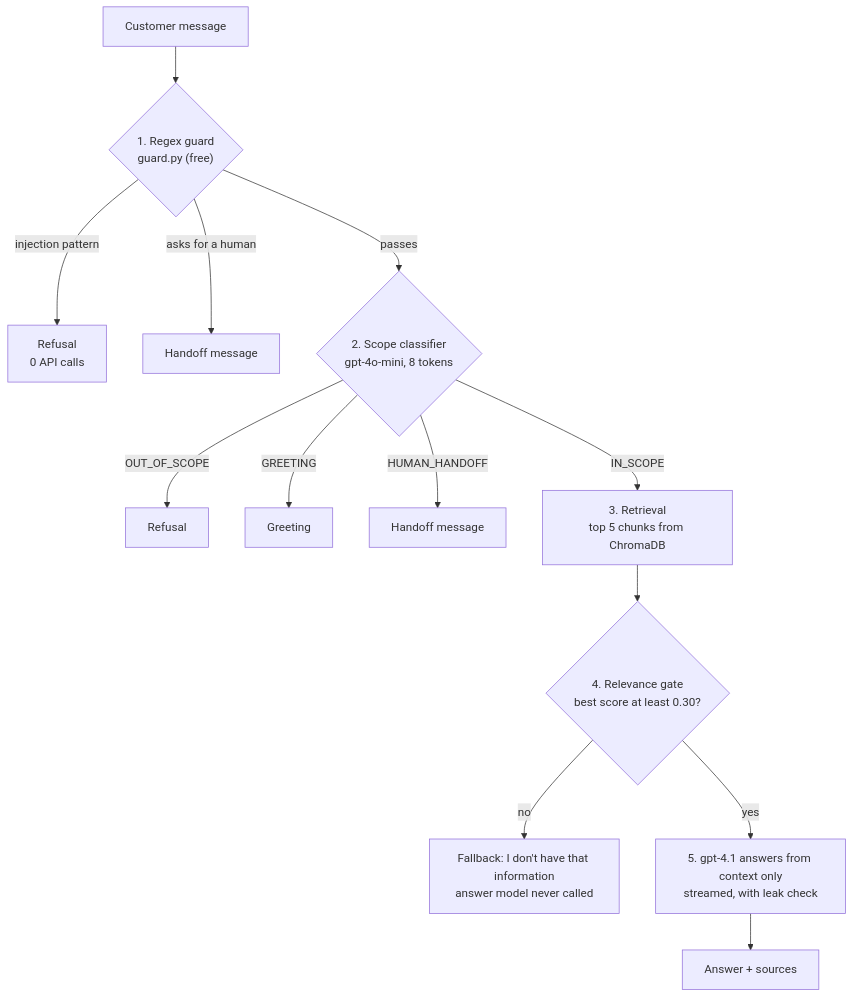
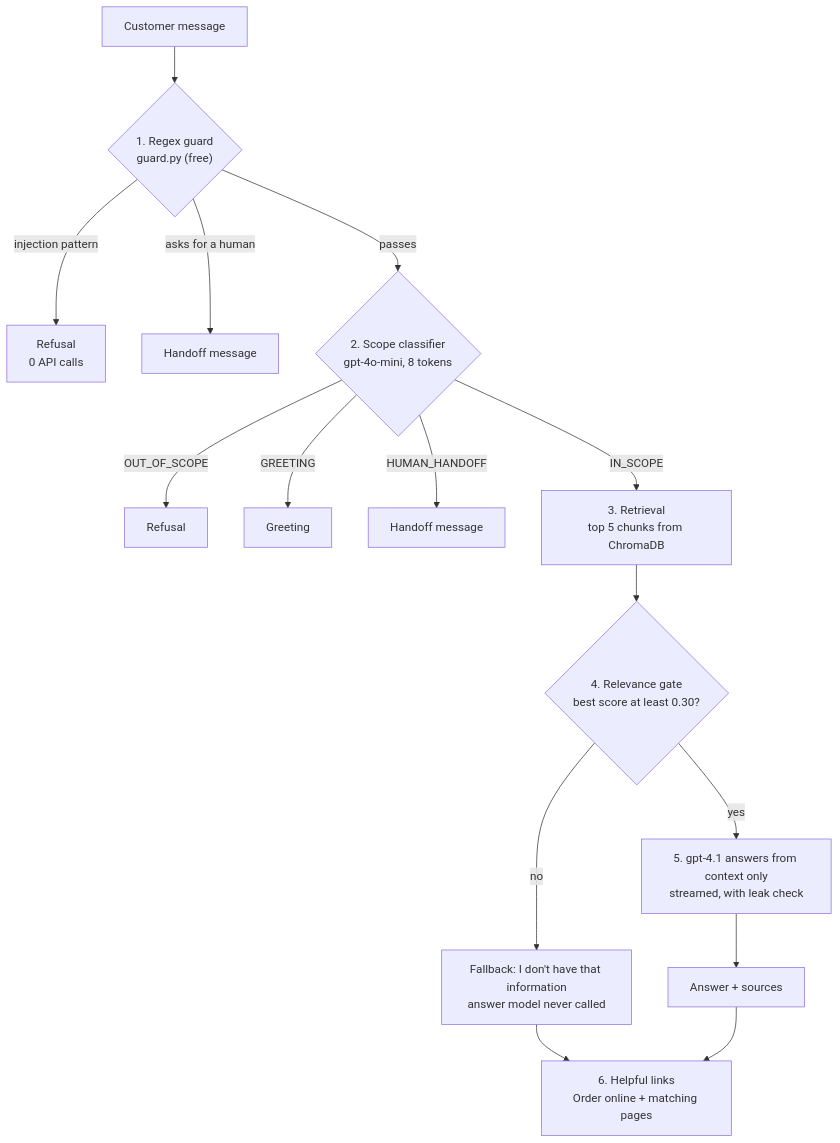
One commit to autoastt/BC3415-Grp changed the second of 2 diagrams in docs/VIDEO_WALKTHROUGH.md. Above: the diagram before and after it, drawn with Mermaid. The commit also changed other lines of this file and 22 other files, not shown here.

````diff
--- a/docs/VIDEO_WALKTHROUGH.md
+++ b/docs/VIDEO_WALKTHROUGH.md
@@ -92,15 +96,17 @@
 ```mermaid
 flowchart TD
   U["Customer message"] --> G{"1. Regex guard<br/>guard.py (free)"}
   G -->|"injection pattern"| R1["Refusal<br/>0 API calls"]
   G -->|"asks for a human"| H1["Handoff message"]
   G -->|"passes"| C{"2. Scope classifier<br/>gpt-4o-mini, 8 tokens"}
   C -->|"OUT_OF_SCOPE"| R2["Refusal"]
   C -->|"GREETING"| GR["Greeting"]
   C -->|"HUMAN_HANDOFF"| H2["Handoff message"]
   C -->|"IN_SCOPE"| E["3. Retrieval<br/>top 5 chunks from ChromaDB"]
   E --> T{"4. Relevance gate<br/>best score at least 0.30?"}
   T -->|"no"| F["Fallback: I don't have that information<br/>answer model never called"]
   T -->|"yes"| L["5. gpt-4.1 answers from context only<br/>streamed, with leak check"]
   L --> D["Answer + sources"]
+  F --> K["6. Helpful links<br/>Order online + matching pages"]
+  D --> K
 ```
````
